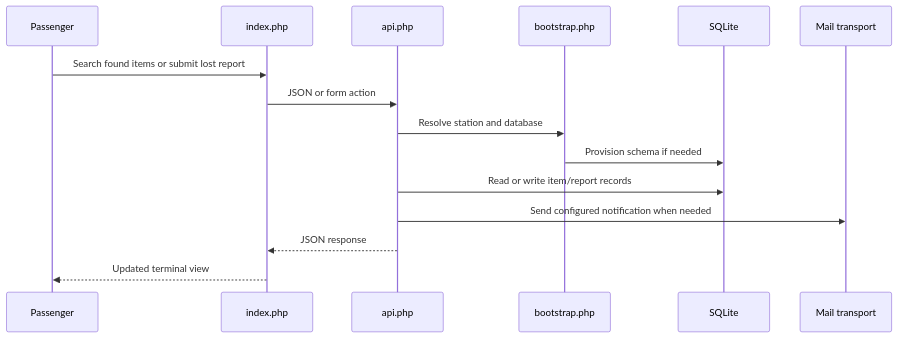
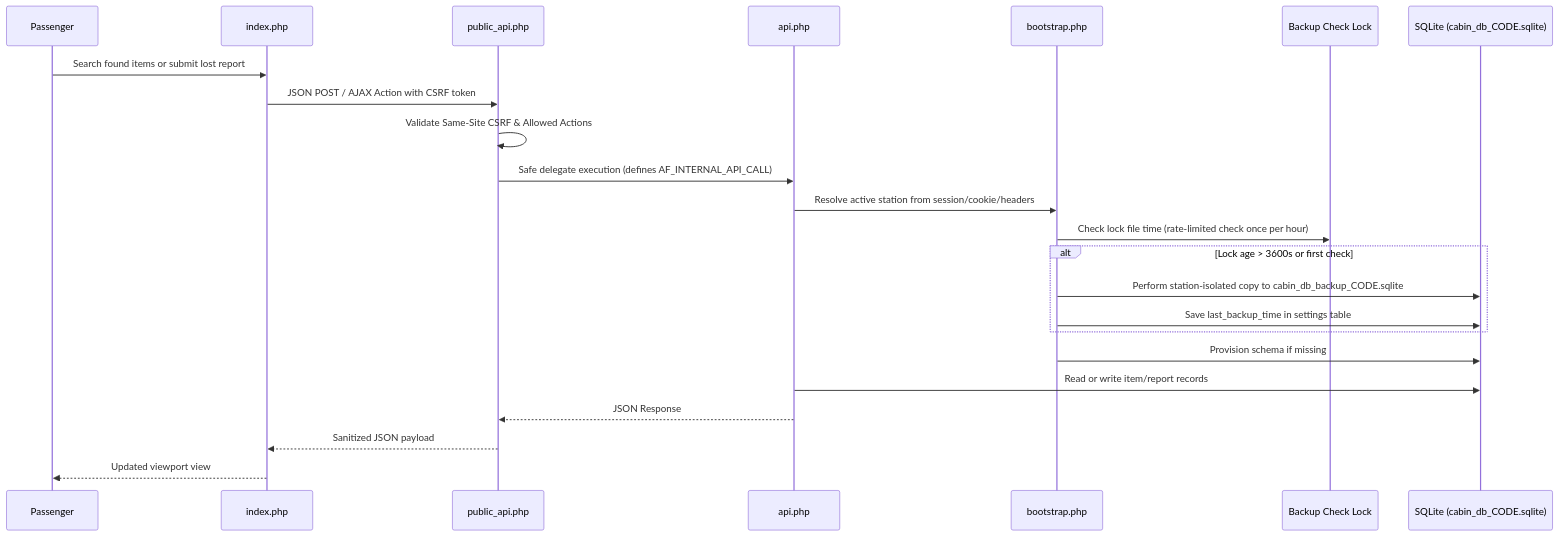
One commit to exeedthemes/cabin_portal changed the second of 4 diagrams in docs/architecture.md. Above: the diagram before and after it, drawn with Mermaid. The commit also changed other lines of this file and 1 other file, not shown here.

Commit message:
docs: update system architecture and operation guides with multi-station backup & proxy diagrams

````diff
--- a/docs/architecture.md
+++ b/docs/architecture.md
@@ -26,18 +62,26 @@
 ```mermaid
 sequenceDiagram
     participant P as Passenger
     participant UI as index.php
+    participant Proxy as public_api.php
     participant API as api.php
     participant Boot as bootstrap.php
-    participant DB as SQLite
-    participant Mail as Mail transport
+    participant Lock as Backup Check Lock
+    participant DB as SQLite (cabin_db_CODE.sqlite)
 
     P->>UI: Search found items or submit lost report
-    UI->>API: JSON or form action
-    API->>Boot: Resolve station and database
-    Boot->>DB: Provision schema if needed
+    UI->>Proxy: JSON POST / AJAX Action with CSRF token
+    Proxy->>Proxy: Validate Same-Site CSRF & Allowed Actions
+    Proxy->>API: Safe delegate execution (defines AF_INTERNAL_API_CALL)
+    API->>Boot: Resolve active station from session/cookie/headers
+    Boot->>Lock: Check lock file time (rate-limited check once per hour)
+    alt Lock age > 3600s or first check
+        Boot->>DB: Perform station-isolated copy to cabin_db_backup_CODE.sqlite
+        Boot->>DB: Save last_backup_time in settings table
+    end
+    Boot->>DB: Provision schema if missing
     API->>DB: Read or write item/report records
-    API->>Mail: Send configured notification when needed
-    API-->>UI: JSON response
-    UI-->>P: Updated terminal view
+    API-->>Proxy: JSON Response
+    Proxy-->>UI: Sanitized JSON payload
+    UI-->>P: Updated viewport view
 ```
````
